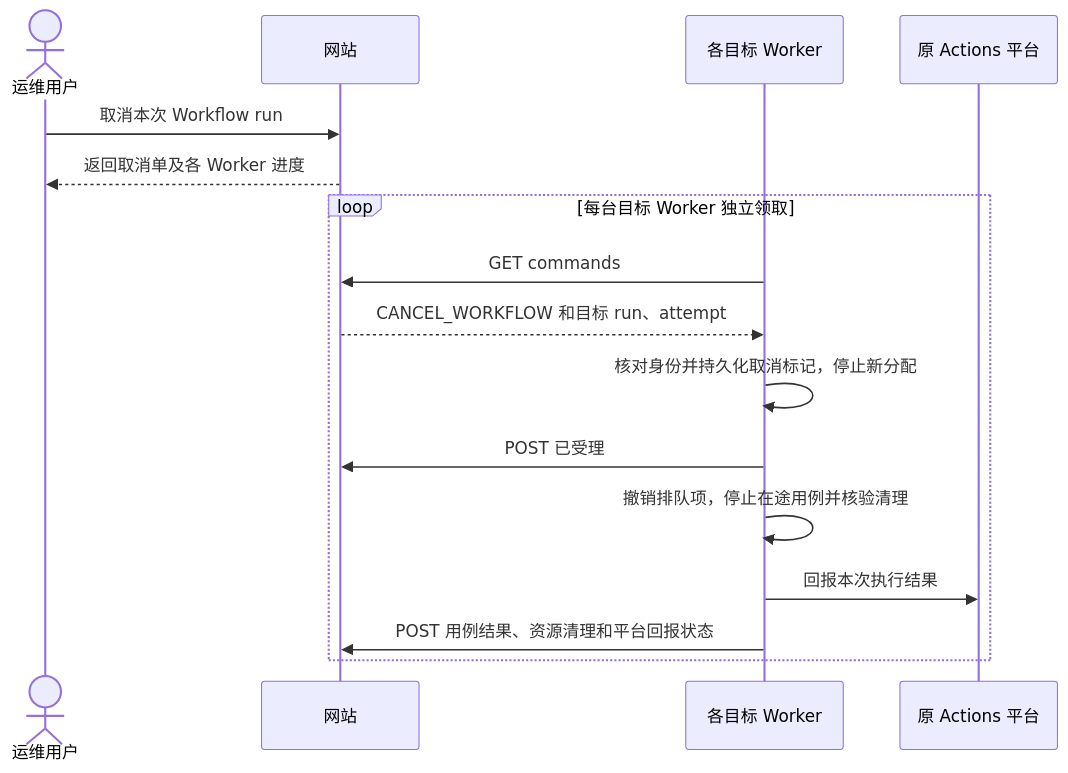
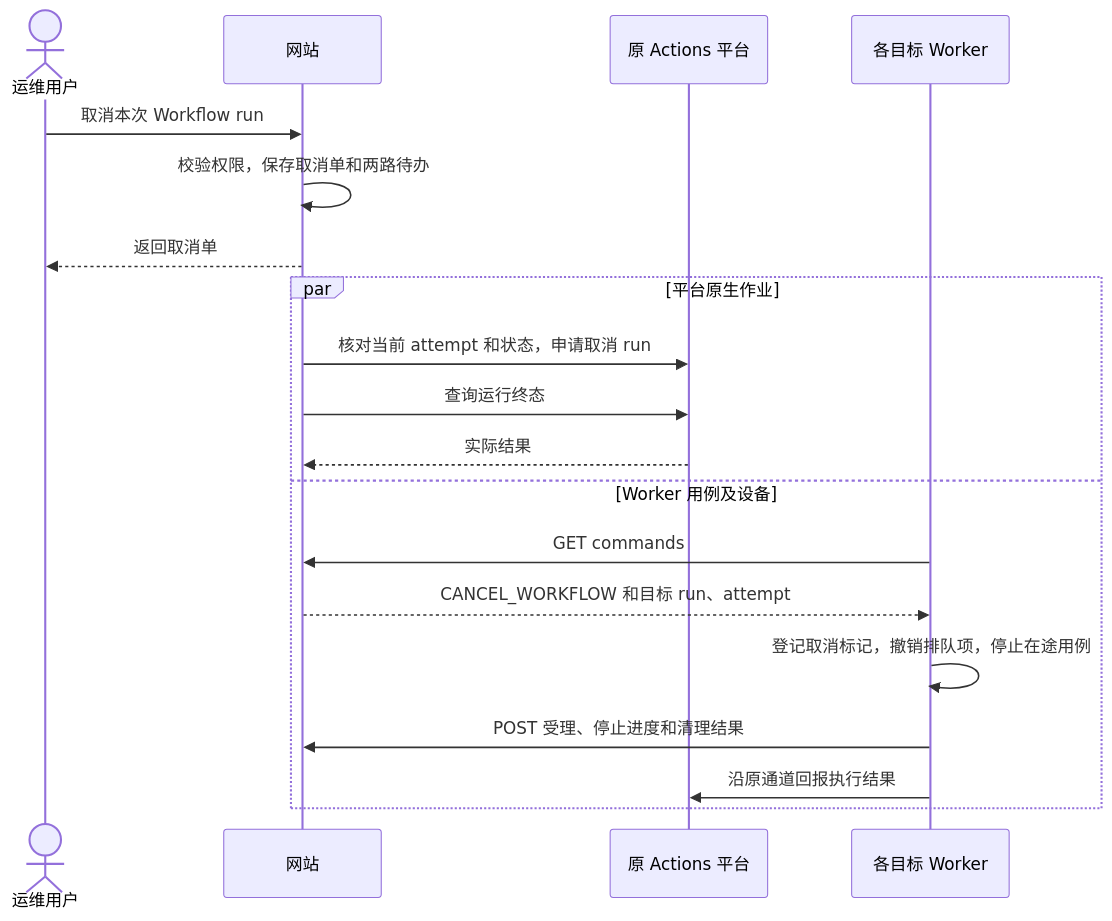
Before and after one commit to depeng1994/lite-actions: the second of 3 diagrams in control-center/docs/PRD.md, drawn with Mermaid. The commit also changed other lines of this file, not shown here.

Commit message:
docs(control-center): include native platform jobs in workflow cancellation

````diff
--- a/control-center/docs/PRD.md
+++ b/control-center/docs/PRD.md
@@ -59,18 +59,21 @@
 ```mermaid
 sequenceDiagram
     actor U as 运维用户
     participant S as 网站
+    participant P as 原 Actions 平台
     participant W as 各目标 Worker
-    participant P as 原 Actions 平台
     U->>S: 取消本次 Workflow run
-    S-->>U: 返回取消单及各 Worker 进度
-    loop 每台目标 Worker 独立领取
+    S->>S: 校验权限，保存取消单和两路待办
+    S-->>U: 返回取消单
+    par 平台原生作业
+        S->>P: 核对当前 attempt 和状态，申请取消 run
+        S->>P: 查询运行终态
+        P-->>S: 实际结果
+    and Worker 用例及设备
         W->>S: GET commands
         S-->>W: CANCEL_WORKFLOW 和目标 run、attempt
-        W->>W: 核对身份并持久化取消标记，停止新分配
-        W->>S: POST 已受理
-        W->>W: 撤销排队项，停止在途用例并核验清理
-        W->>P: 回报本次执行结果
-        W->>S: POST 用例结果、资源清理和平台回报状态
+        W->>W: 登记取消标记，撤销排队项，停止在途用例
+        W->>S: POST 受理、停止进度和清理结果
+        W->>P: 沿原通道回报执行结果
     end
 ```
````
